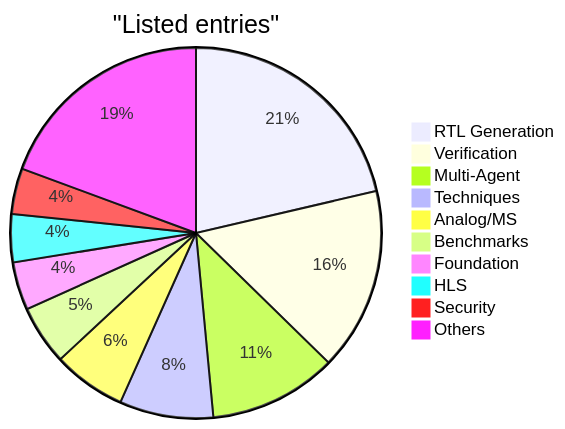
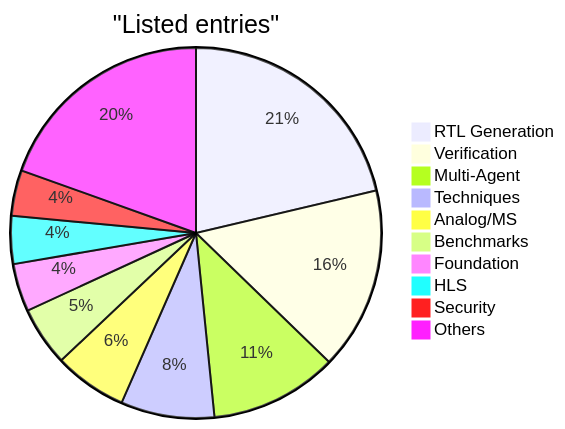
One commit to chateda-ichip/Awesome-AI-for-Chip-Design changed the second of 2 diagrams in README.md. Above: the diagram before and after it, drawn with Mermaid. The commit also changed other lines of this file, not shown here.

Commit message:
Add CacheMind to AI Accelerator and Architecture

````diff
--- a/README.md
+++ b/README.md
@@ -29,13 +29,13 @@
 ```mermaid
 pie title "Listed entries"
     "RTL Generation" : 107
     "Verification" : 80
     "Multi-Agent" : 56
     "Techniques" : 41
     "Analog/MS" : 32
     "Benchmarks" : 26
     "Foundation" : 21
     "HLS" : 21
     "Security" : 20
-    "Others" : 97
+    "Others" : 98
 ```
````
